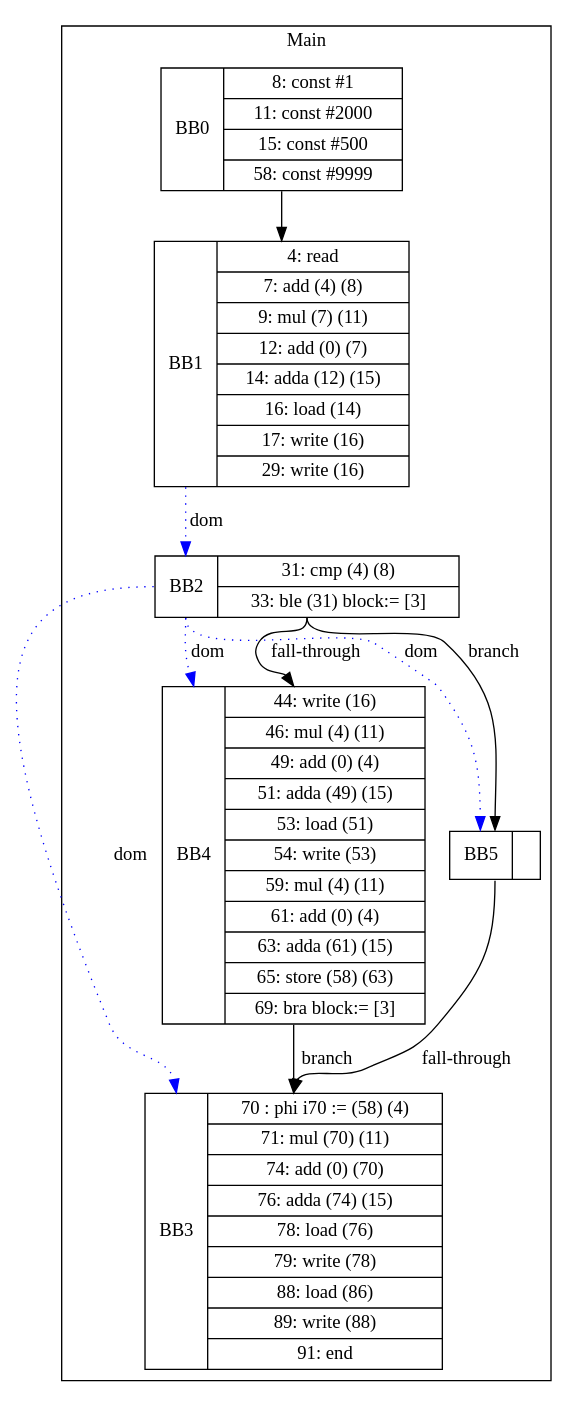
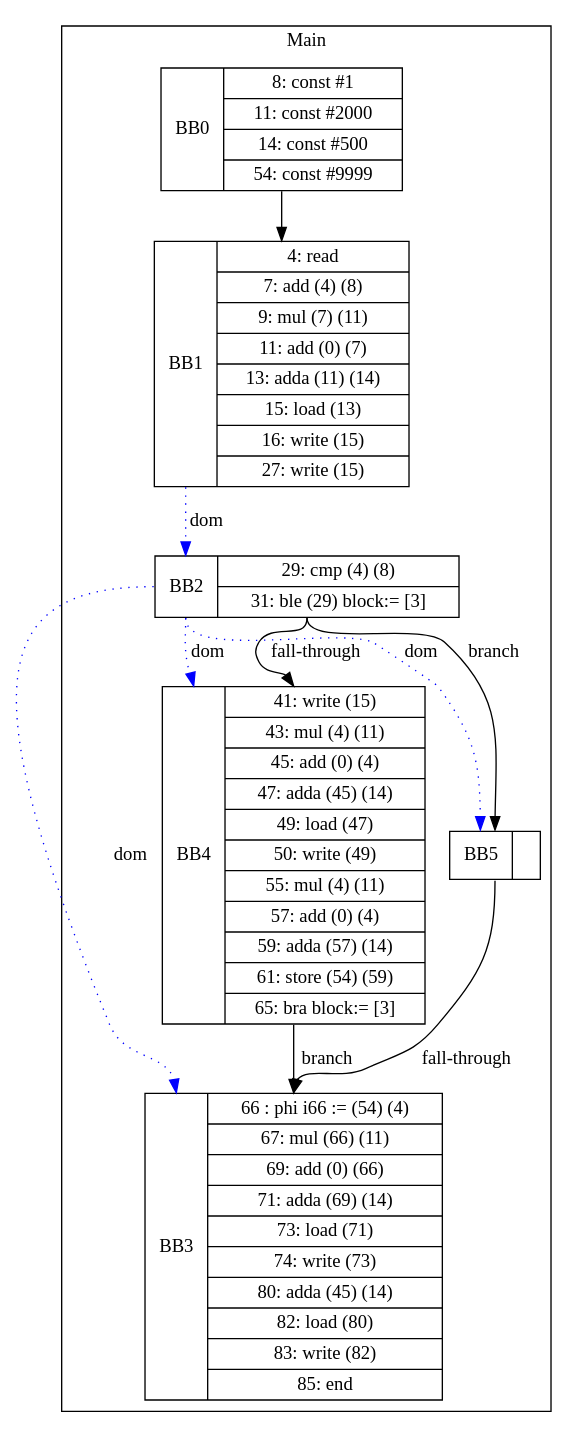
Before and after one commit to zjc664656505/UCI-CS241-Advanced-Compiler-main: the diagram in visualization/cbelem/array/ifJoinKill-3.gv, drawn with Graphviz. The commit also changed 40 other files, not shown here.

```diff
--- a/visualization/cbelem/array/ifJoinKill-3.gv
+++ b/visualization/cbelem/array/ifJoinKill-3.gv
@@ -1,21 +1,21 @@
 digraph G {
 node [shape=record];
 subgraph cluster_main{
 label = "Main";
-BB0 [shape=record, label="<b>BB0|{8: const #1|11: const #2000|15: const #500|58: const #9999}"];
-BB1 [shape=record, label="<b>BB1|{4: read|7: add (4) (8)|9: mul (7) (11)|12: add (0) (7)|14: adda (12) (15)|16: load (14)|17: write (16)|29: write (16)}"];
-BB2 [shape=record, label="<b>BB2|{31: cmp (4) (8)|33: ble (31) block:= [3]}"];
-BB3 [shape=record, label="<b>BB3|{70 : phi i70 := (58) (4)|71: mul (70) (11)|74: add (0) (70)|76: adda (74) (15)|78: load (76)|79: write (78)|88: load (86)|89: write (88)|91: end}"];
-BB4 [shape=record, label="<b>BB4|{44: write (16)|46: mul (4) (11)|49: add (0) (4)|51: adda (49) (15)|53: load (51)|54: write (53)|59: mul (4) (11)|61: add (0) (4)|63: adda (61) (15)|65: store (58) (63)|69: bra block:= [3]}"];
+BB0 [shape=record, label="<b>BB0|{8: const #1|11: const #2000|14: const #500|54: const #9999}"];
+BB1 [shape=record, label="<b>BB1|{4: read|7: add (4) (8)|9: mul (7) (11)|11: add (0) (7)|13: adda (11) (14)|15: load (13)|16: write (15)|27: write (15)}"];
+BB2 [shape=record, label="<b>BB2|{29: cmp (4) (8)|31: ble (29) block:= [3]}"];
+BB3 [shape=record, label="<b>BB3|{66 : phi i66 := (54) (4)|67: mul (66) (11)|69: add (0) (66)|71: adda (69) (14)|73: load (71)|74: write (73)|80: adda (45) (14)|82: load (80)|83: write (82)|85: end}"];
+BB4 [shape=record, label="<b>BB4|{41: write (15)|43: mul (4) (11)|45: add (0) (4)|47: adda (45) (14)|49: load (47)|50: write (49)|55: mul (4) (11)|57: add (0) (4)|59: adda (57) (14)|61: store (54) (59)|65: bra block:= [3]}"];
 BB5 [shape=record, label="<b>BB5|}"];
 }
 BB0:s -> BB1:n ;
 BB2:b -> BB3:b [color=blue, style=dotted, label="dom"];
 BB2:b -> BB4:b [color=blue, style=dotted, label="dom"];
 BB1:b -> BB2:b [color=blue, style=dotted, label="dom"];
 BB2:b -> BB5:b [color=blue, style=dotted, label="dom"];
 BB2:s -> BB5:n [label="branch"];
 BB4:s -> BB3:n [label="branch"];
 BB5:s -> BB3:n [label="fall-through"];
 BB2:s -> BB4:n [label="fall-through"];
 }
```
